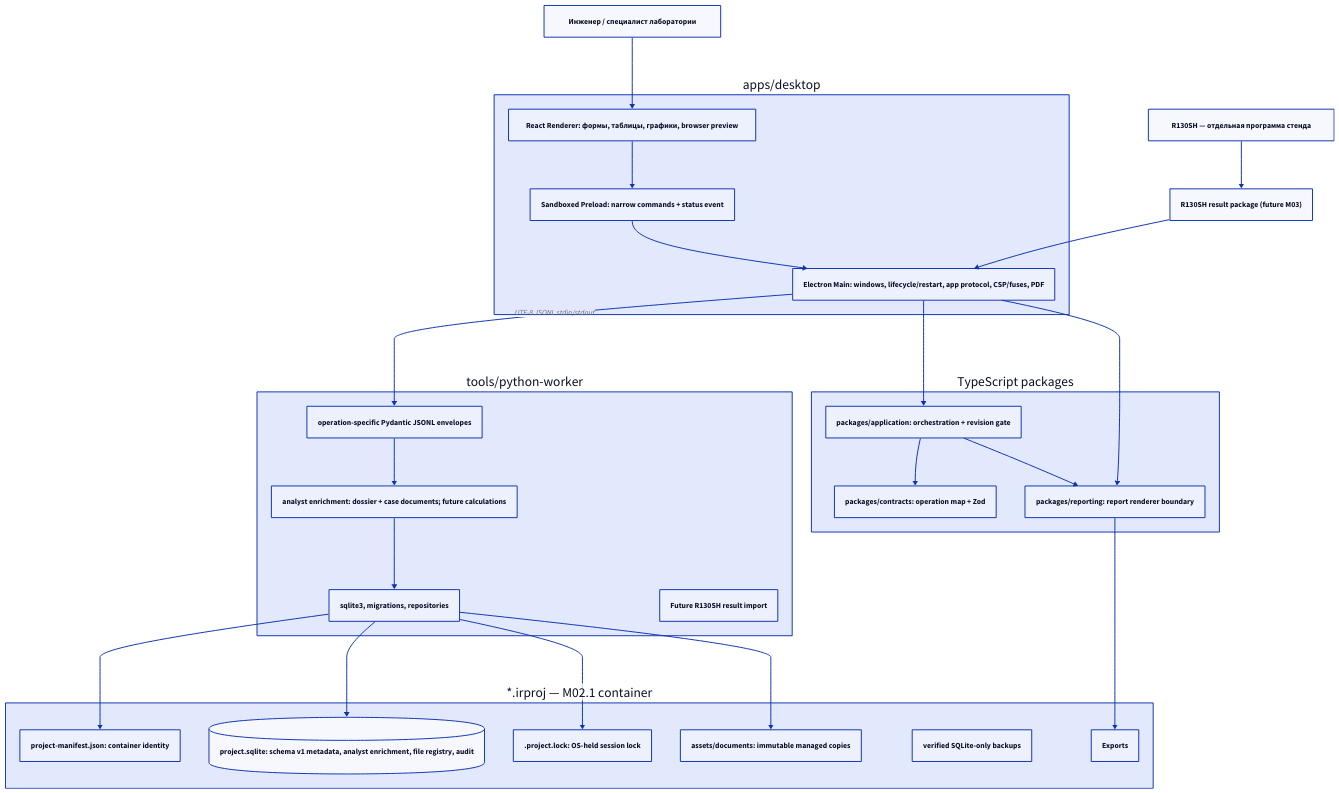
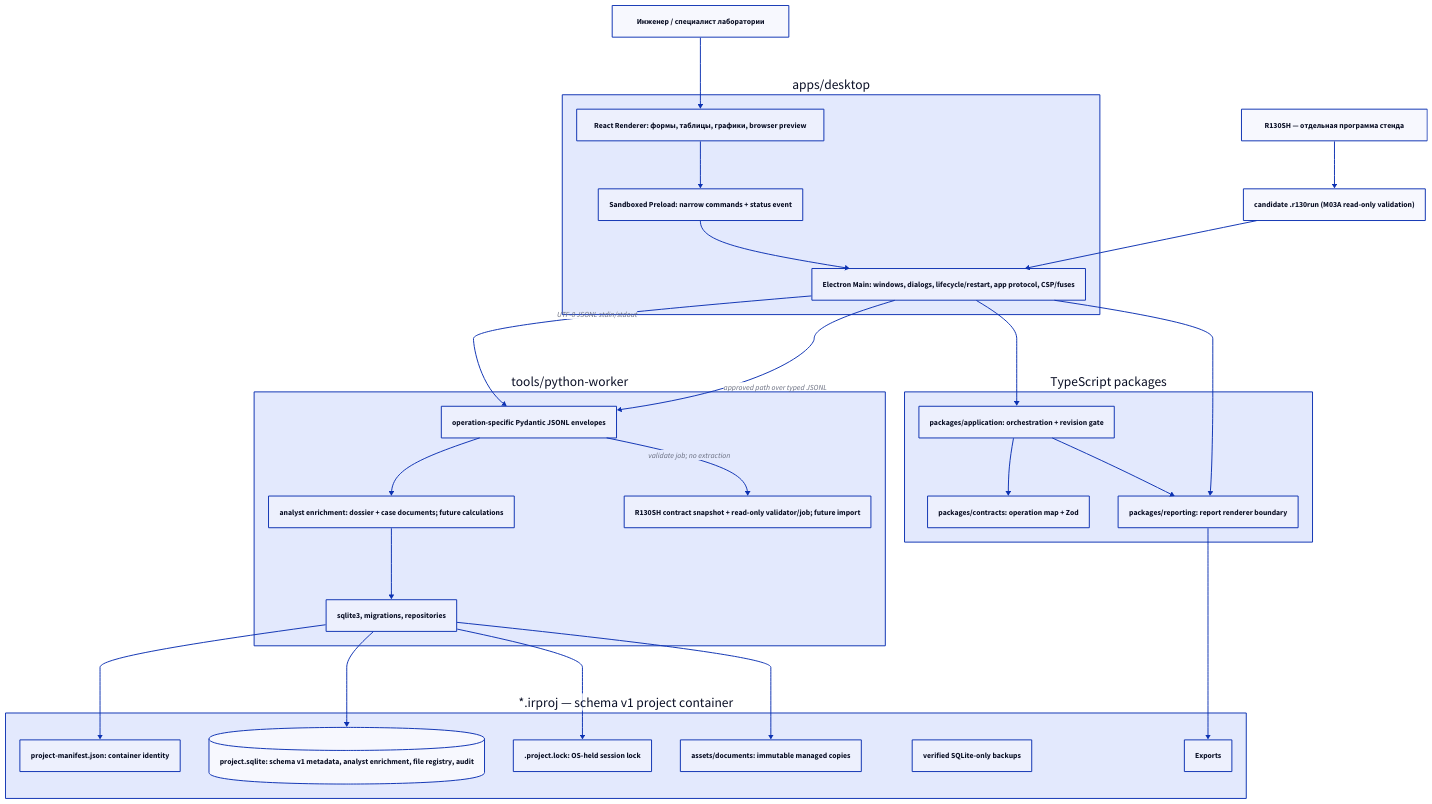
Before and after one commit to vitalcc55/impeller-reliability: the diagram in docs/architecture/system-context-module-map.md, drawn with D2. The commit also changed other lines of this file and 21 other files, not shown here.

````diff
--- a/docs/architecture/system-context-module-map.md
+++ b/docs/architecture/system-context-module-map.md
@@ -5,53 +5,55 @@
 ```d2
 direction: down
 
 Engineer: "Инженер / специалист лаборатории"
 R130SH: "R130SH — отдельная программа стенда"
-RunPackage: "R130SH result package (future M03)"
+RunPackage: "candidate .r130run (M03A read-only validation)"
 
 Desktop: "apps/desktop" {
   Renderer: "React Renderer: формы, таблицы, графики, browser preview"
   Preload: "Sandboxed Preload: narrow commands + status event"
-  Main: "Electron Main: windows, lifecycle/restart, app protocol, CSP/fuses, PDF"
+  Main: "Electron Main: windows, dialogs, lifecycle/restart, app protocol, CSP/fuses"
 }
 
 TypeScript: "TypeScript packages" {
   Contracts: "packages/contracts: operation map + Zod"
   Application: "packages/application: orchestration + revision gate"
   Reporting: "packages/reporting: report renderer boundary"
 }
 
 Worker: "tools/python-worker" {
   Protocol: "operation-specific Pydantic JSONL envelopes"
   Domain: "analyst enrichment: dossier + case documents; future calculations"
   Persistence: "sqlite3, migrations, repositories"
-  Integration: "Future R130SH result import"
+  Integration: "R130SH contract snapshot + read-only validator/job; future import"
 }
 
-Project: "*.irproj — M02.1 container" {
+Project: "*.irproj — schema v1 project container" {
   Manifest: "project-manifest.json: container identity"
   Database: "project.sqlite: schema v1 metadata, analyst enrichment, file registry, audit" { shape: cylinder }
   Lock: ".project.lock: OS-held session lock"
   Assets: "assets/documents: immutable managed copies"
   Backups: "verified SQLite-only backups"
 }
 
 Engineer -> Desktop.Renderer
 Desktop.Renderer -> Desktop.Preload
 Desktop.Preload -> Desktop.Main
 Desktop.Main -> TypeScript.Application
 TypeScript.Application -> TypeScript.Contracts
 Desktop.Main -> Worker.Protocol: "UTF-8 JSONL stdin/stdout"
 Worker.Protocol -> Worker.Domain
 Worker.Domain -> Worker.Persistence
 Worker.Persistence -> Project.Database
 Worker.Persistence -> Project.Manifest
 Worker.Persistence -> Project.Lock
 Worker.Persistence -> Project.Assets
 TypeScript.Application -> TypeScript.Reporting
 Desktop.Main -> TypeScript.Reporting
 TypeScript.Reporting -> Project.Exports
 
 R130SH -> RunPackage
 RunPackage -> Desktop.Main
+Desktop.Main -> Worker.Protocol: "approved path over typed JSONL"
+Worker.Protocol -> Worker.Integration: "validate job; no extraction"
 ```
````
